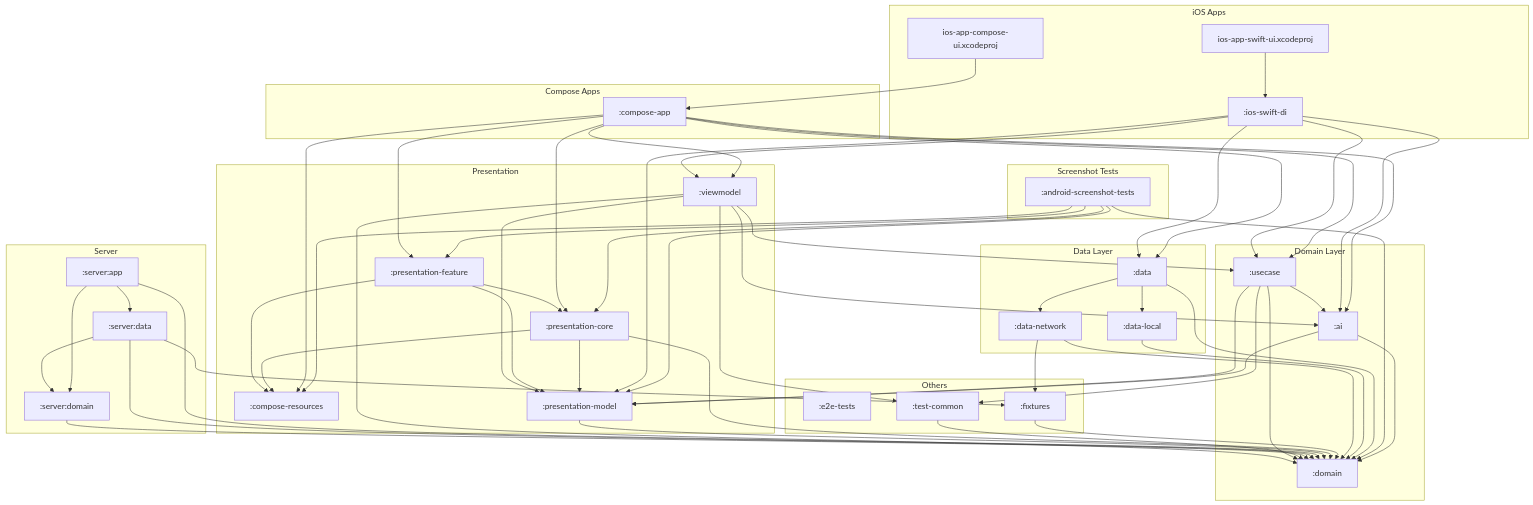
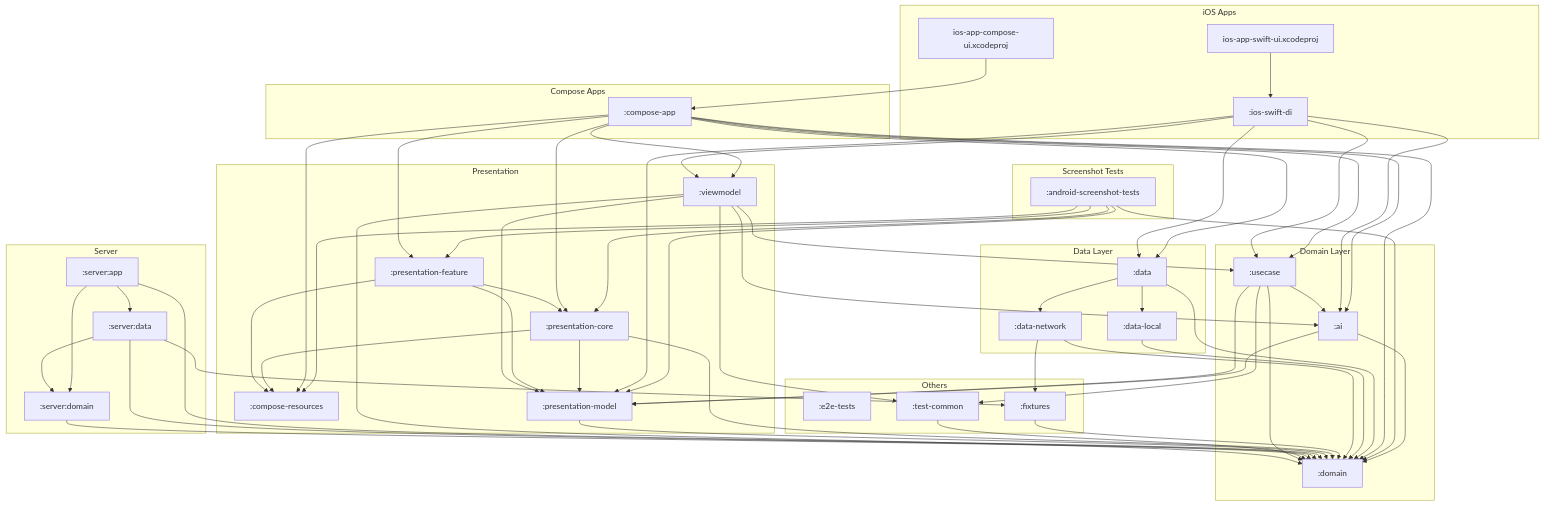
One commit to cartland/battery-butler changed the diagram in docs/diagrams/full_system_structure.mmd. Above: the diagram before and after it, drawn with Mermaid. The commit also changed 7 other files, not shown here.

```diff
--- a/docs/diagrams/full_system_structure.mmd
+++ b/docs/diagrams/full_system_structure.mmd
@@ -1,118 +1,119 @@
 graph TD
     subgraph "iOS Apps"
         IosSwiftDi[":ios-swift-di"]
         IosAppComposeUi.xcodeproj["ios-app-compose-ui.xcodeproj"]
         IosAppSwiftUi.xcodeproj["ios-app-swift-ui.xcodeproj"]
     end
 
     subgraph "Compose Apps"
         ComposeApp[":compose-app"]
     end
 
     subgraph "Server"
         ServerApp[":server:app"]
         ServerData[":server:data"]
         ServerDomain[":server:domain"]
     end
 
     subgraph "Presentation"
         ComposeResources[":compose-resources"]
         PresentationCore[":presentation-core"]
         PresentationFeature[":presentation-feature"]
         PresentationModel[":presentation-model"]
         Viewmodel[":viewmodel"]
     end
 
     subgraph "Domain Layer"
         Ai[":ai"]
         Domain[":domain"]
         Usecase[":usecase"]
     end
 
     subgraph "Data Layer"
         Data[":data"]
         DataLocal[":data-local"]
         DataNetwork[":data-network"]
     end
 
     subgraph "Screenshot Tests"
         AndroidScreenshotTests[":android-screenshot-tests"]
     end
 
     subgraph "Others"
         E2eTests[":e2e-tests"]
         Fixtures[":fixtures"]
         TestCommon[":test-common"]
     end
 
     %% Dependencies
     Ai --> Domain
     Ai --> PresentationModel
 
     AndroidScreenshotTests --> ComposeResources
     AndroidScreenshotTests --> Domain
     AndroidScreenshotTests --> PresentationCore
     AndroidScreenshotTests --> PresentationFeature
     AndroidScreenshotTests --> PresentationModel
 
     ComposeApp --> Ai
     ComposeApp --> ComposeResources
     ComposeApp --> Data
+    ComposeApp --> Domain
     ComposeApp --> PresentationCore
     ComposeApp --> PresentationFeature
     ComposeApp --> Usecase
     ComposeApp --> Viewmodel
 
     Data --> DataLocal
     Data --> DataNetwork
     Data --> Domain
 
     DataLocal --> Domain
 
     DataNetwork --> Domain
     DataNetwork --> Fixtures
 
     Fixtures --> Domain
 
     IosSwiftDi --> Ai
     IosSwiftDi --> Data
     IosSwiftDi --> PresentationModel
     IosSwiftDi --> Usecase
     IosSwiftDi --> Viewmodel
 
     PresentationCore --> ComposeResources
     PresentationCore --> Domain
     PresentationCore --> PresentationModel
 
     PresentationFeature --> ComposeResources
     PresentationFeature --> PresentationCore
     PresentationFeature --> PresentationModel
 
     PresentationModel --> Domain
 
     ServerApp --> Domain
     ServerApp --> ServerData
     ServerApp --> ServerDomain
 
     ServerData --> Domain
     ServerData --> Fixtures
     ServerData --> ServerDomain
 
     ServerDomain --> Domain
 
     TestCommon --> Domain
 
     Usecase --> Ai
     Usecase --> Domain
     Usecase --> PresentationModel
     Usecase --> TestCommon
 
     Viewmodel --> Ai
     Viewmodel --> Domain
     Viewmodel --> PresentationModel
     Viewmodel --> TestCommon
     Viewmodel --> Usecase
 
     IosAppComposeUi.xcodeproj --> ComposeApp
 
     IosAppSwiftUi.xcodeproj --> IosSwiftDi
```
